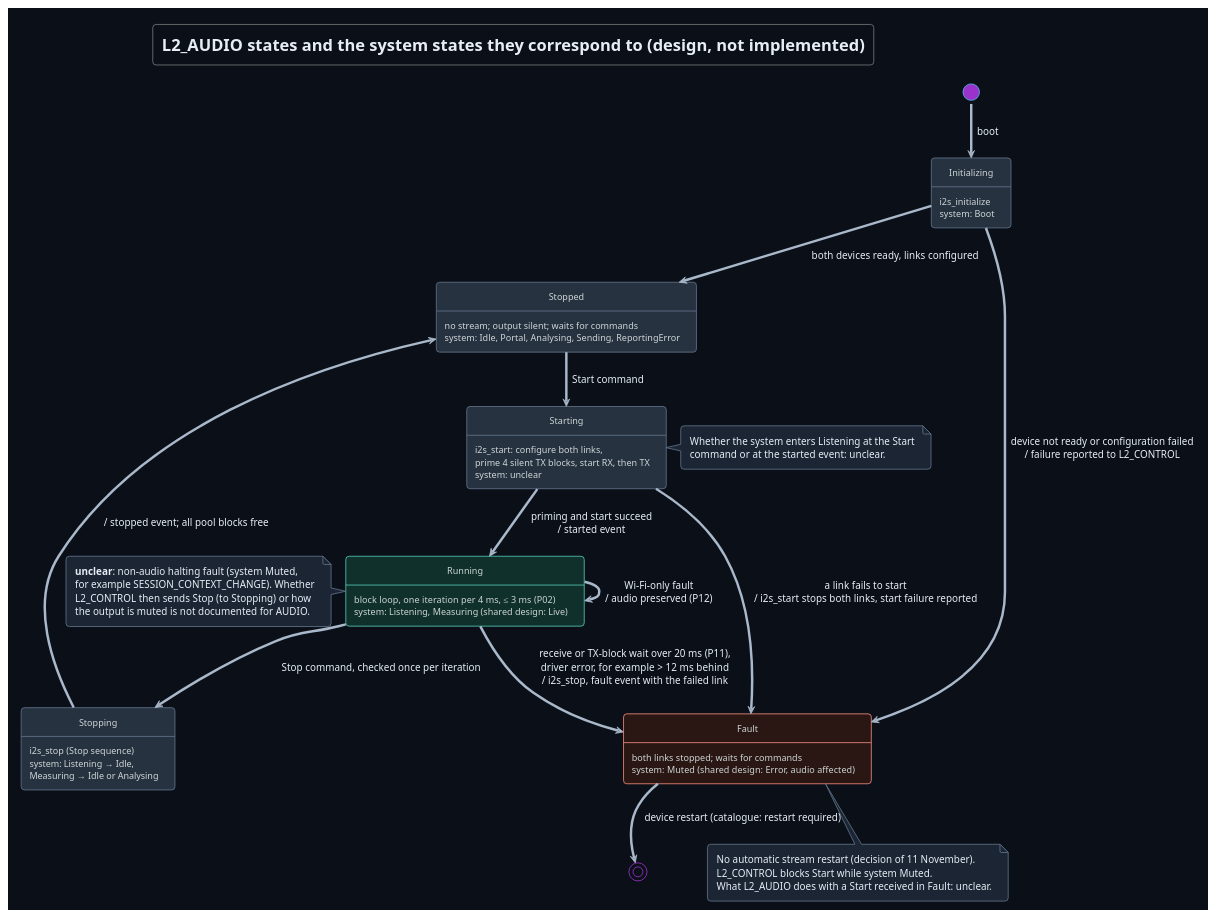
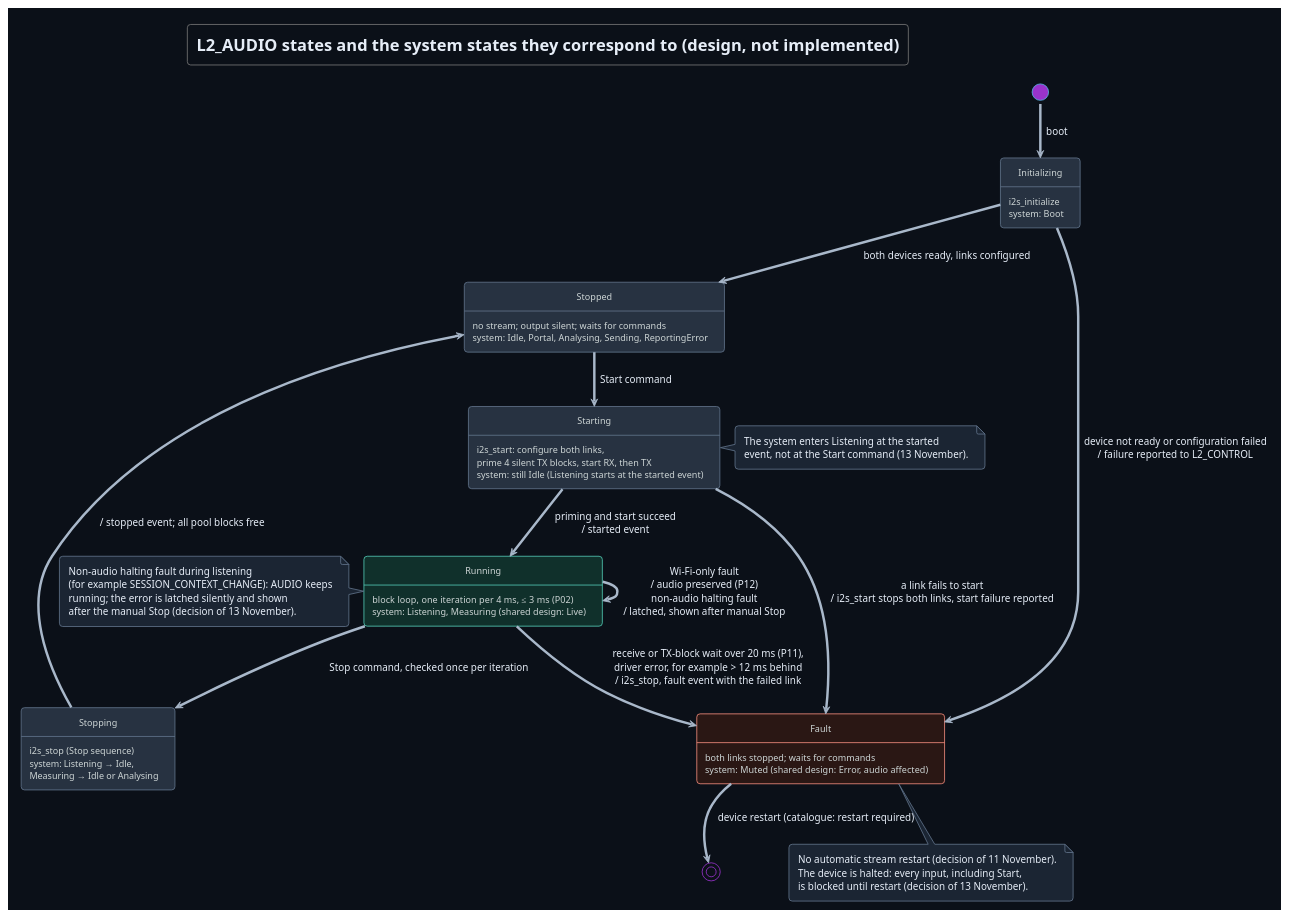
The diagram in Development/system/design/AUDIO/audio-state.puml (DemonicPsychoII/DigitalStethoscope), drawn with PlantUML before and after one commit. The commit also changed 3 other files, not shown here.

First line of the commit message:
TICKET-185: documentation: enter Listening at the started event, defer non-audio halting faults to the manual Stop and halt all input on an audio fault

```diff
--- a/Development/system/design/AUDIO/audio-state.puml
+++ b/Development/system/design/AUDIO/audio-state.puml
@@ -1,61 +1,61 @@
 @startuml audio_state
 !theme cyborg
 !pragma layout smetana
 skinparam shadowing false
 skinparam defaultFontName SansSerif
 skinparam backgroundColor #0b1018
 skinparam defaultFontColor #e6edf7
 skinparam ArrowColor #a9b8ca
 skinparam ArrowFontColor #e6edf7
 skinparam state {
  BackgroundColor #273241
  BorderColor #61738a
  FontColor #e6edf7
  AttributeFontColor #cdd5d5
  BackgroundColor<<running>> #10302b
  BorderColor<<running>> #52c7b4
  BackgroundColor<<fault>> #2a1714
  BorderColor<<fault>> #f08a7c
  BackgroundColor<<unclear>> #3a3320
  BorderColor<<unclear>> #dcbb63
 }
 skinparam note {
  BackgroundColor #1b2533
  BorderColor #61738a
  FontColor #e6edf7
 }
 title L2_AUDIO states and the system states they correspond to (design, not implemented)
 hide empty description
 state "Initializing" as Initializing : i2s_initialize\nsystem: Boot
 state "Stopped" as Stopped : no stream; output silent; waits for commands\nsystem: Idle, Portal, Analysing, Sending, ReportingError
-state "Starting" as Starting : i2s_start: configure both links,\nprime 4 silent TX blocks, start RX, then TX\nsystem: unclear
+state "Starting" as Starting : i2s_start: configure both links,\nprime 4 silent TX blocks, start RX, then TX\nsystem: still Idle (Listening starts at the started event)
 state "Running" as Running <<running>> : block loop, one iteration per 4 ms, ≤ 3 ms (P02)\nsystem: Listening, Measuring (shared design: Live)
 state "Stopping" as Stopping : i2s_stop (Stop sequence)\nsystem: Listening → Idle,\nMeasuring → Idle or Analysing
 state "Fault" as Fault <<fault>> : both links stopped; waits for commands\nsystem: Muted (shared design: Error, audio affected)
 [*] --> Initializing : boot
 Initializing --> Stopped : both devices ready, links configured
 Initializing --> Fault : device not ready or configuration failed\n/ failure reported to L2_CONTROL
 Stopped --> Starting : Start command
 Starting --> Running : priming and start succeed\n/ started event
 Starting --> Fault : a link fails to start\n/ i2s_start stops both links, start failure reported
 Running --> Stopping : Stop command, checked once per iteration
 Stopping --> Stopped : / stopped event; all pool blocks free
 Running --> Fault : receive or TX-block wait over 20 ms (P11),\ndriver error, for example > 12 ms behind\n/ i2s_stop, fault event with the failed link
-Running --> Running : Wi-Fi-only fault\n/ audio preserved (P12)
+Running --> Running : Wi-Fi-only fault\n/ audio preserved (P12)\nnon-audio halting fault\n/ latched, shown after manual Stop
 Fault --> [*] : device restart (catalogue: restart required)
 note bottom of Fault
   No automatic stream restart (decision of 11 November).
-  L2_CONTROL blocks Start while system Muted.
-  What L2_AUDIO does with a Start received in Fault: unclear.
+  The device is halted: every input, including Start,
+  is blocked until restart (decision of 13 November).
 end note
 note left of Running
-  **unclear**: non-audio halting fault (system Muted,
-  for example SESSION_CONTEXT_CHANGE). Whether
-  L2_CONTROL then sends Stop (to Stopping) or how
-  the output is muted is not documented for AUDIO.
+  Non-audio halting fault during listening
+  (for example SESSION_CONTEXT_CHANGE): AUDIO keeps
+  running; the error is latched silently and shown
+  after the manual Stop (decision of 13 November).
 end note
 note right of Starting
-  Whether the system enters Listening at the Start
-  command or at the started event: unclear.
+  The system enters Listening at the started
+  event, not at the Start command (13 November).
 end note
 @enduml
```
